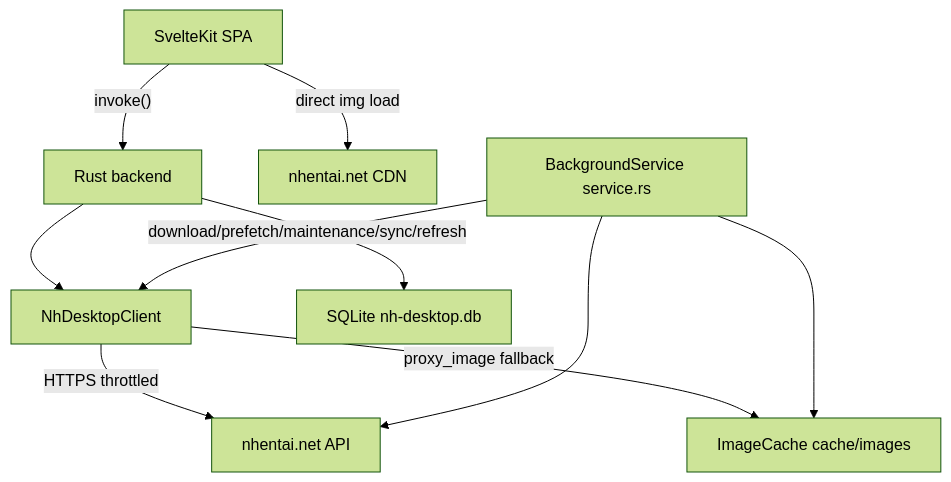
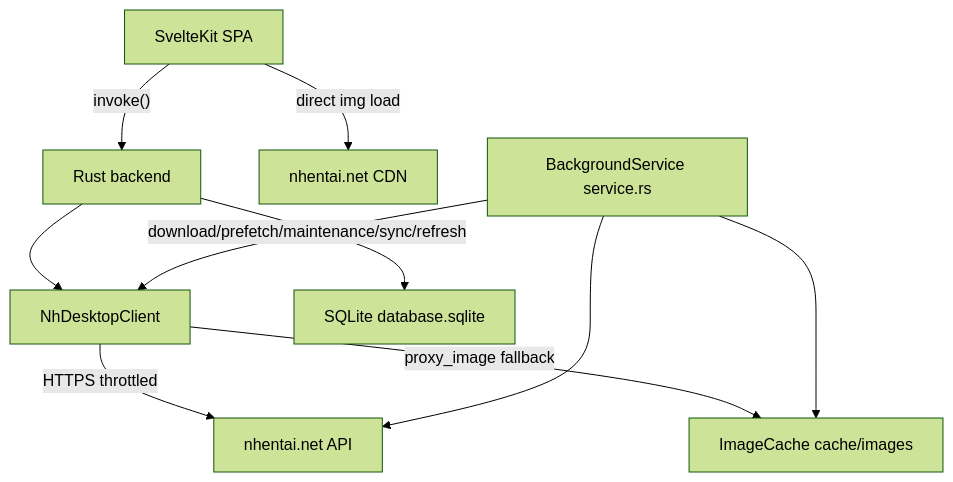
The diagram in wiki/Architecture.md (HELIX-Origin/NH-Reader), drawn with Mermaid (forest theme) before and after one commit. The commit also changed other lines of this file and 107 other files, not shown here.

````diff
--- a/wiki/Architecture.md
+++ b/wiki/Architecture.md
@@ -7,12 +7,12 @@
 ```mermaid
 flowchart TD
     A[SvelteKit SPA] -->|"invoke()"| B[Rust backend]
     A -->|"direct img load"| E[nhentai.net CDN]
     B --> C[NhDesktopClient]
     C -->|"HTTPS throttled"| D[nhentai.net API]
     C -->|"proxy_image fallback"| K[ImageCache cache/images]
-    B --> F[SQLite nh-desktop.db]
+    B --> F[SQLite database.sqlite]
     S[BackgroundService service.rs] -->|"download/prefetch/maintenance/sync/refresh"| C
     S --> D
     S --> K
 ```
````
